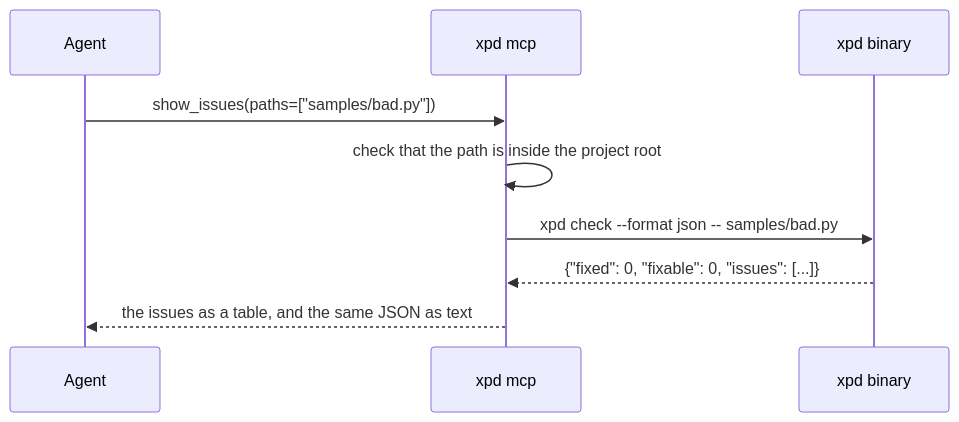
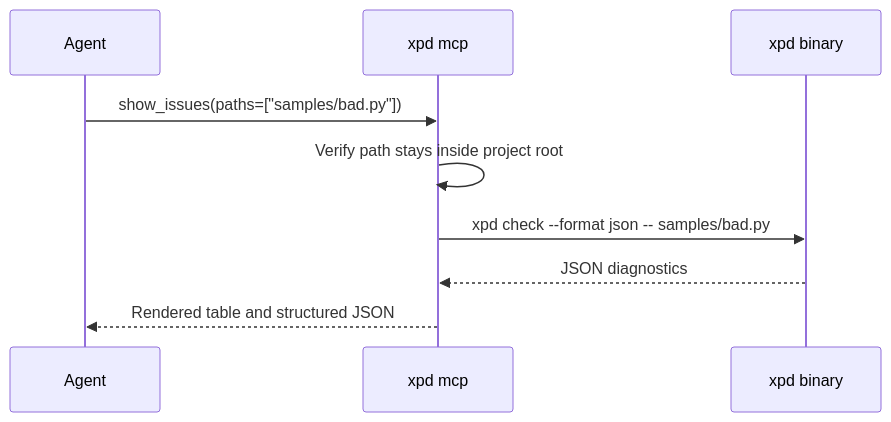
The diagram in website/reference/mcp/index.md (bjoernaagaard/xpd), drawn with Mermaid before and after one commit. The commit also changed other lines of this file and 42 other files, not shown here.

Commit message:
docs: rewrite public docs with BLUF, Mermaid diagrams, and plain prose

````diff
--- a/website/reference/mcp/index.md
+++ b/website/reference/mcp/index.md
@@ -20,11 +11,11 @@
 ```mermaid
 sequenceDiagram
     participant Agent
     participant Server as xpd mcp
     participant Binary as xpd binary
     Agent->>Server: show_issues(paths=["samples/bad.py"])
-    Server->>Server: check that the path is inside the project root
+    Server->>Server: Verify path stays inside project root
     Server->>Binary: xpd check --format json -- samples/bad.py
-    Binary-->>Server: {"fixed": 0, "fixable": 0, "issues": [...]}
-    Server-->>Agent: the issues as a table, and the same JSON as text
+    Binary-->>Server: JSON diagnostics
+    Server-->>Agent: Rendered table and structured JSON
 ```
````
